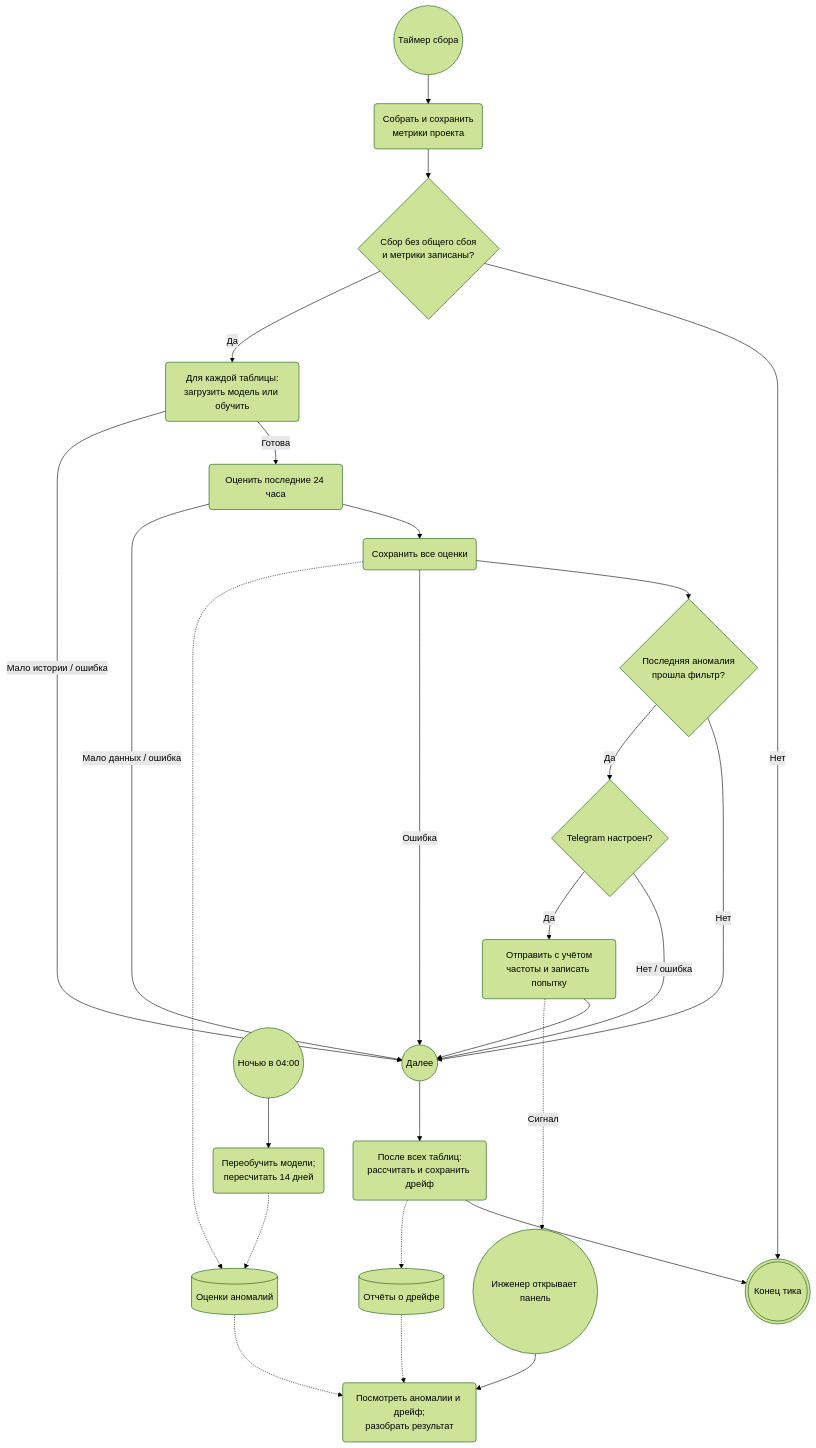
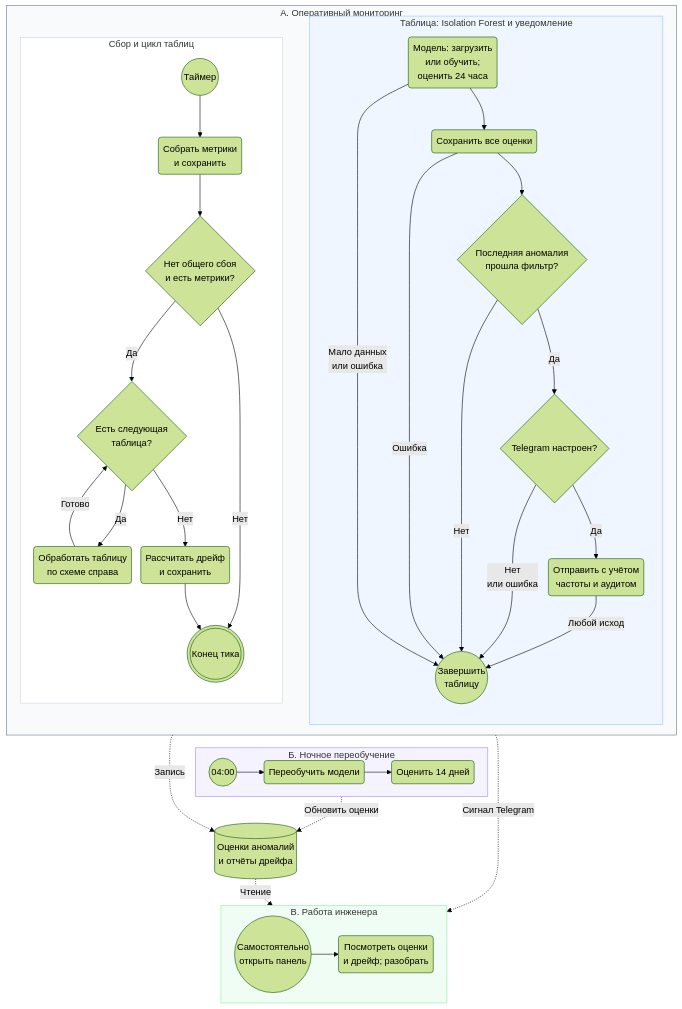
One commit to ksdergach/db-monitoring-production-standards changed the diagram in docs/Model_BPMN.md. Above: the diagram before and after it, drawn with Mermaid (forest theme). The commit also changed other lines of this file, not shown here.

Commit message:
docs: сделать схему мониторинга компактнее и показать цикл таблиц (#54)

````diff
--- a/docs/Model_BPMN.md
+++ b/docs/Model_BPMN.md
@@ -15,29 +15,46 @@
 ```mermaid
+%%{init: {'flowchart': {'nodeSpacing': 16, 'rankSpacing': 22, 'padding': 8}}}%%
 flowchart TB
-    tick(("Таймер сбора")) --> collect("Собрать и сохранить<br/>метрики проекта")
-    collect --> ready{"Сбор без общего сбоя<br/>и метрики записаны?"}
-    ready -->|Нет| stop((("Конец тика")))
-    ready -->|Да| model("Для каждой таблицы:<br/>загрузить модель или обучить")
-    model -->|Готова| score("Оценить последние 24 часа")
-    model -->|Мало истории / ошибка| next(("Далее"))
-    score --> save("Сохранить все оценки")
-    score -->|Мало данных / ошибка| next
-    save --> gate{"Последняя аномалия<br/>прошла фильтр?"}
-    save -->|Ошибка| next
-    gate -->|Нет| next
-    gate -->|Да| telegram{"Telegram настроен?"}
-    telegram -->|Нет / ошибка| next
-    telegram -->|Да| notify("Отправить с учётом<br/>частоты и записать попытку")
-    notify --> next
-    next --> drift("После всех таблиц:<br/>рассчитать и сохранить дрейф")
-    drift --> stop
-
-    night(("Ночью в 04:00")) --> nightly("Переобучить модели;<br/>пересчитать 14 дней")
-    nightly -.-> scores[("Оценки аномалий")]
-    save -.-> scores
-    drift -.-> reports[("Отчёты о дрейфе")]
-    engineer(("Инженер открывает панель")) --> dashboard("Посмотреть аномалии и дрейф;<br/>разобрать результат")
-    scores -.-> dashboard
-    reports -.-> dashboard
-    notify -.->|Сигнал| engineer
+    subgraph operational["А. Оперативный мониторинг"]
+        direction LR
+        subgraph control["Сбор и цикл таблиц"]
+            direction TB
+            tick(("Таймер")) --> collect("Собрать метрики<br/>и сохранить") --> ready{"Нет общего сбоя<br/>и есть метрики?"}
+            ready -->|Нет| stop((("Конец тика")))
+            ready -->|Да| more{"Есть следующая<br/>таблица?"}
+            more -->|Да| process("Обработать таблицу<br/>по схеме справа") -->|Готово| more
+            more -->|Нет| drift("Рассчитать дрейф<br/>и сохранить") --> stop
+        end
+        subgraph detail["Таблица: Isolation Forest и уведомление"]
+            direction TB
+            model("Модель: загрузить<br/>или обучить;<br/>оценить 24 часа") --> save("Сохранить все оценки")
+            model -->|"Мало данных<br/>или ошибка"| finish(("Завершить<br/>таблицу"))
+            save -->|Ошибка| finish
+            save --> gate{"Последняя аномалия<br/>прошла фильтр?"}
+            gate -->|Нет| finish
+            gate -->|Да| telegram{"Telegram настроен?"}
+            telegram -->|"Нет<br/>или ошибка"| finish
+            telegram -->|Да| notify("Отправить с учётом<br/>частоты и аудитом") -->|Любой исход| finish
+        end
+        control ~~~ detail
+    end
+    subgraph night["Б. Ночное переобучение"]
+        direction LR
+        timer(("04:00")) --> retrain("Переобучить модели") --> rescore("Оценить 14 дней")
+    end
+    results[("Оценки аномалий<br/>и отчёты дрейфа")]
+    subgraph engineer["В. Работа инженера"]
+        direction LR
+        open(("Самостоятельно<br/>открыть панель")) --> review("Посмотреть оценки<br/>и дрейф; разобрать")
+    end
+    operational ~~~ night
+    operational -.->|Запись| results
+    night -.->|Обновить оценки| results
+    results -.->|Чтение| engineer
+    operational -.->|Сигнал Telegram| engineer
+    style operational fill:#f8fafc,stroke:#64748b
+    style control fill:#ffffff,stroke:#cbd5e1
+    style detail fill:#eff6ff,stroke:#93c5fd
+    style night fill:#f5f3ff,stroke:#a78bfa
+    style engineer fill:#f0fdf4,stroke:#86efac
 ```
````
